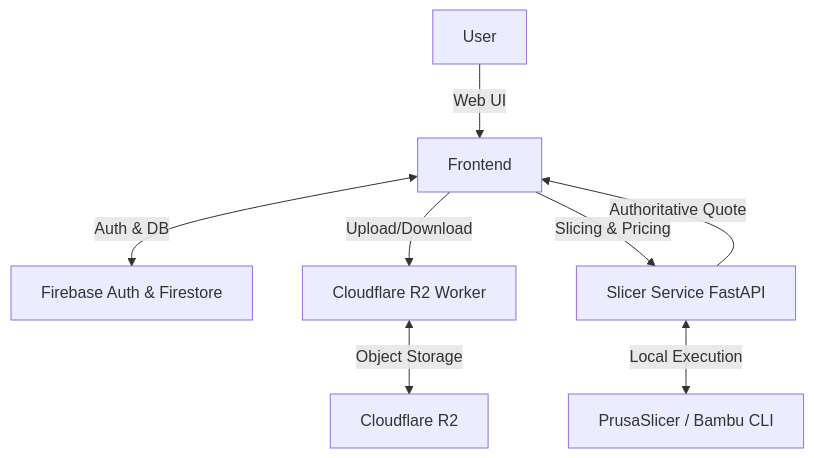
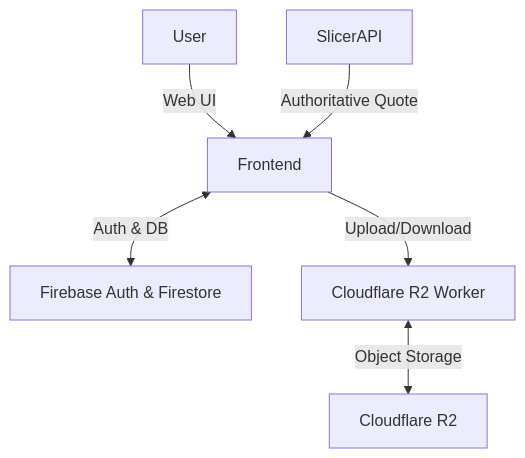
One commit to RatanabhSharma/Shilpsahayak changed the diagram in docs/AI_CONTEXT.md. Above: the diagram before and after it, drawn with Mermaid. The commit also changed other lines of this file and 167 other files, not shown here.

````diff
--- a/docs/AI_CONTEXT.md
+++ b/docs/AI_CONTEXT.md
@@ -32,11 +32,10 @@
 ```mermaid
 flowchart TD
     User -->|Web UI| Frontend
     Frontend <-->|Auth & DB| Firebase[Firebase Auth & Firestore]
     Frontend -->|Upload/Download| R2Worker[Cloudflare R2 Worker]
-    Frontend -->|Slicing & Pricing| SlicerAPI[Slicer Service FastAPI]
     
     R2Worker <-->|Object Storage| R2[Cloudflare R2]
-    SlicerAPI <-->|Local Execution| CLI[PrusaSlicer / Bambu CLI]
+    %% Slicer logic archived to future-tasks/slicer/
     SlicerAPI -->|Authoritative Quote| Frontend
 ```
````
